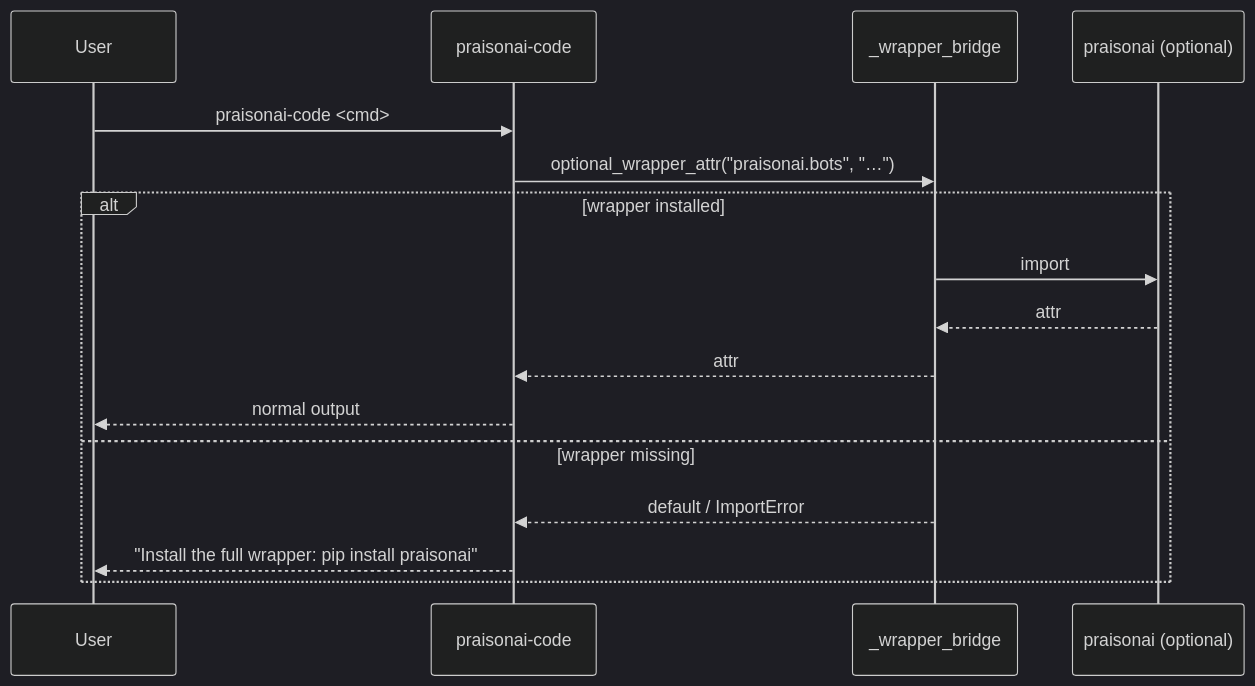
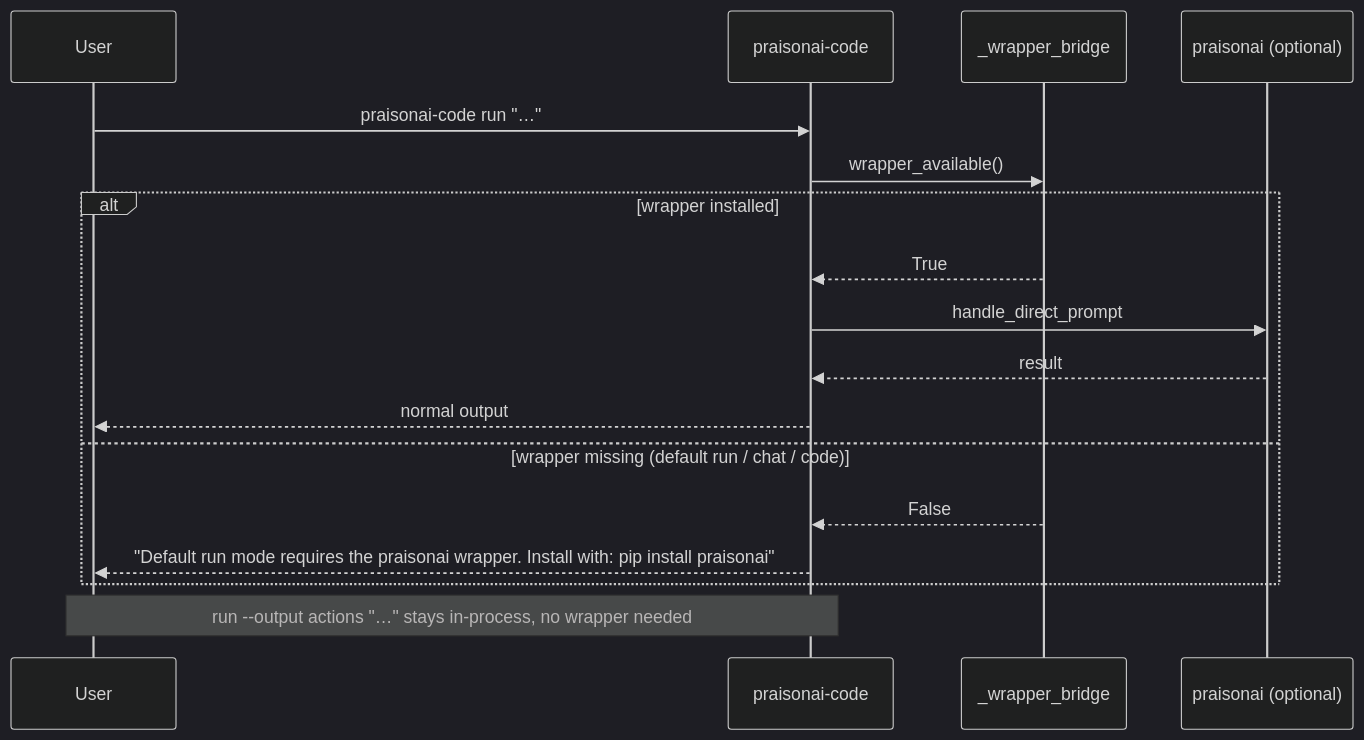
The third of 3 diagrams in docs/features/praisonai-code-cli.mdx (MervinPraison/PraisonAIDocs), drawn with Mermaid (dark theme) before and after one commit. The commit also changed other lines of this file and 7 other files, not shown here.

````diff
--- a/docs/features/praisonai-code-cli.mdx
+++ b/docs/features/praisonai-code-cli.mdx
@@ -79,19 +112,20 @@
 ```mermaid
 sequenceDiagram
     participant User
     participant CLI as praisonai-code
     participant Bridge as _wrapper_bridge
     participant Wrapper as praisonai (optional)
 
-    User->>CLI: praisonai-code <cmd>
-    CLI->>Bridge: optional_wrapper_attr("praisonai.bots", "…")
+    User->>CLI: praisonai-code run "…"
+    CLI->>Bridge: wrapper_available()
     alt wrapper installed
-        Bridge->>Wrapper: import
-        Wrapper-->>Bridge: attr
-        Bridge-->>CLI: attr
+        Bridge-->>CLI: True
+        CLI->>Wrapper: handle_direct_prompt
+        Wrapper-->>CLI: result
         CLI-->>User: normal output
-    else wrapper missing
-        Bridge-->>CLI: default / ImportError
-        CLI-->>User: "Install the full wrapper: pip install praisonai"
+    else wrapper missing (default run / chat / code)
+        Bridge-->>CLI: False
+        CLI-->>User: "Default run mode requires the praisonai wrapper. Install with: pip install praisonai"
     end
+    Note over User,CLI: run --output actions "…" stays in-process, no wrapper needed
 ```
````
